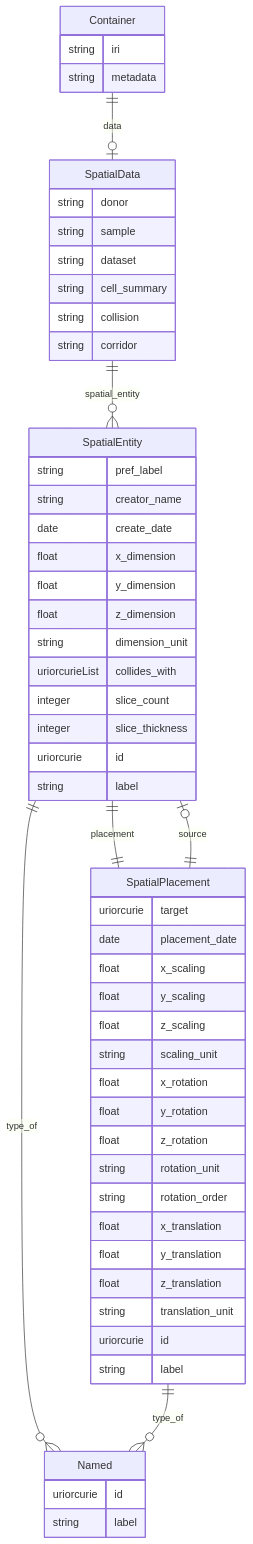
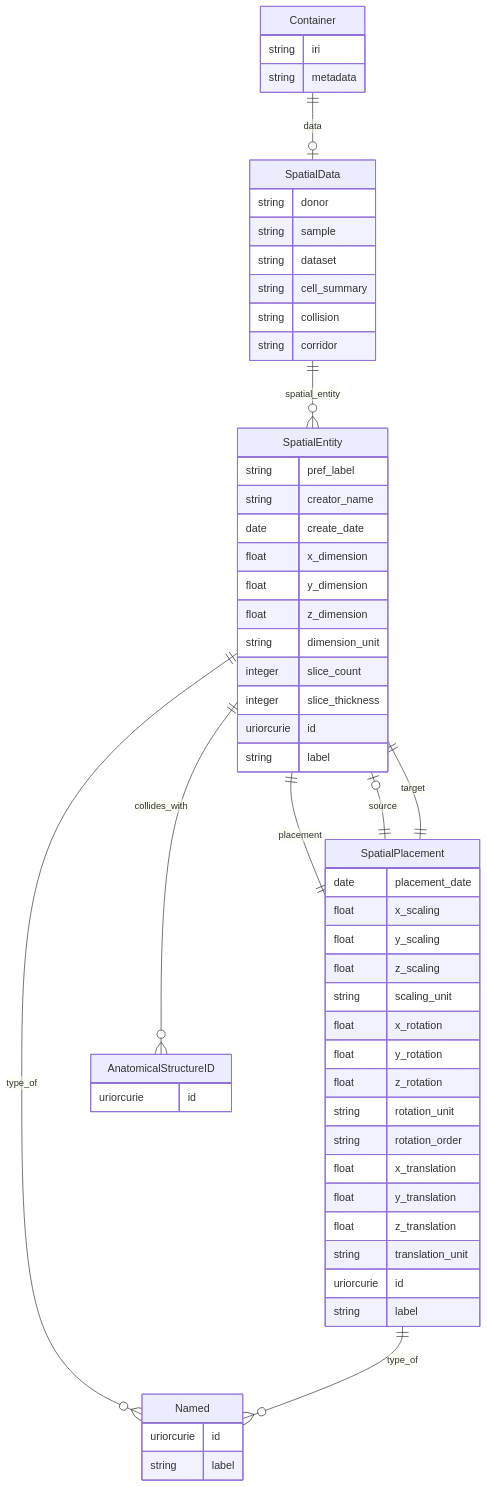
Diagram 16 of 18 in er-diagrams.md (hubmapconsortium/hra-do-processor), drawn with Mermaid before and after one commit. The commit also changed other lines of this file and 12 other files, not shown here.

````diff
--- a/er-diagrams.md
+++ b/er-diagrams.md
@@ -1142,60 +1202,63 @@
 ```mermaid
 erDiagram
 Container {
     string iri  
     string metadata  
 }
 SpatialData {
     string donor  
     string sample  
     string dataset  
     string cell_summary  
     string collision  
     string corridor  
 }
 SpatialEntity {
     string pref_label  
     string creator_name  
     date create_date  
     float x_dimension  
     float y_dimension  
     float z_dimension  
     string dimension_unit  
-    uriorcurieList collides_with  
     integer slice_count  
     integer slice_thickness  
     uriorcurie id  
     string label  
 }
 Named {
     uriorcurie id  
     string label  
 }
 SpatialPlacement {
-    uriorcurie target  
     date placement_date  
     float x_scaling  
     float y_scaling  
     float z_scaling  
     string scaling_unit  
     float x_rotation  
     float y_rotation  
     float z_rotation  
     string rotation_unit  
     string rotation_order  
     float x_translation  
     float y_translation  
     float z_translation  
     string translation_unit  
     uriorcurie id  
     string label  
 }
+AnatomicalStructureID {
+    uriorcurie id  
+}
 
 Container ||--|o SpatialData : "data"
 SpatialData ||--}o SpatialEntity : "spatial_entity"
+SpatialEntity ||--}o AnatomicalStructureID : "collides_with"
 SpatialEntity ||--|| SpatialPlacement : "placement"
 SpatialEntity ||--}o Named : "type_of"
 SpatialPlacement ||--|o SpatialEntity : "source"
+SpatialPlacement ||--|| SpatialEntity : "target"
 SpatialPlacement ||--}o Named : "type_of"
 
 ```
````
